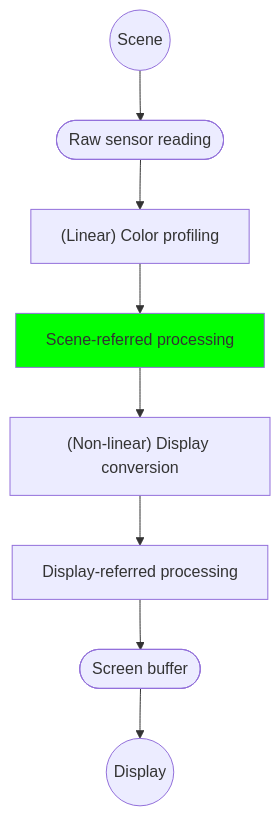
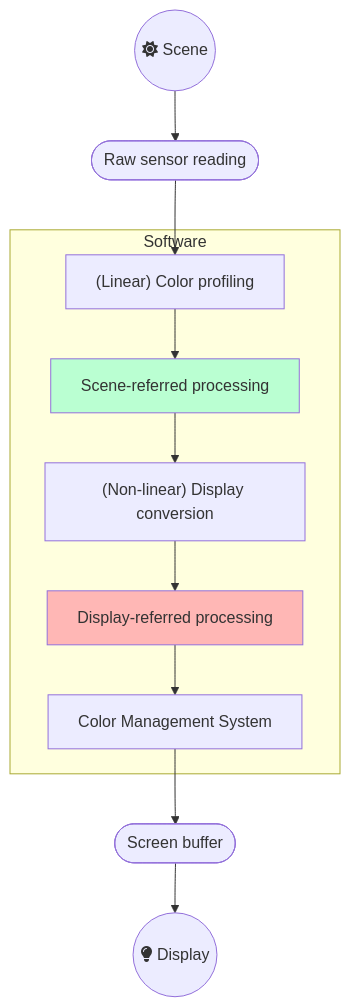
The first of 3 diagrams in content/workflows/scene-referred.md (aurelienpierreeng/ansel-website), drawn with Mermaid before and after one commit. The commit also changed other lines of this file and 1 other file, not shown here.

Commit message:
Update scene-referred

````diff
--- a/content/workflows/scene-referred.md
+++ b/content/workflows/scene-referred.md
@@ -28,12 +31,19 @@
 ```mermaid
-%%{ init: { "securityLevel": "loose" }%%
-graph TD;
-    A((Scene)) --> B([Raw sensor reading]);
-    B --> C["(Linear) Color profiling"];
-    C --> D[Scene-referred processing];
-    D --> E["(Non-linear) Display conversion"];
-    E --> F[Display-referred processing];
-    F --> G([Screen buffer]);
-    G --> H((Display));
-    style D fill:#00ff00;
+graph TD
+    A((fa:fa-sun Scene)) --> B([Raw sensor reading]);
+    B --> C;
+
+    subgraph Software;
+      C["(Linear) Color profiling"];
+      C --> D[Scene-referred processing];
+      D --> E["(Non-linear) Display conversion"];
+      E --> I[Display-referred processing];
+      I --> G[Color Management System];
+    end;
+
+    G --> H([Screen buffer]);
+    H --> J((fa:fa-lightbulb Display));
+
+    style D fill:#BAFFD2;
+    style I fill:#FFB7B5;
 ```
````
